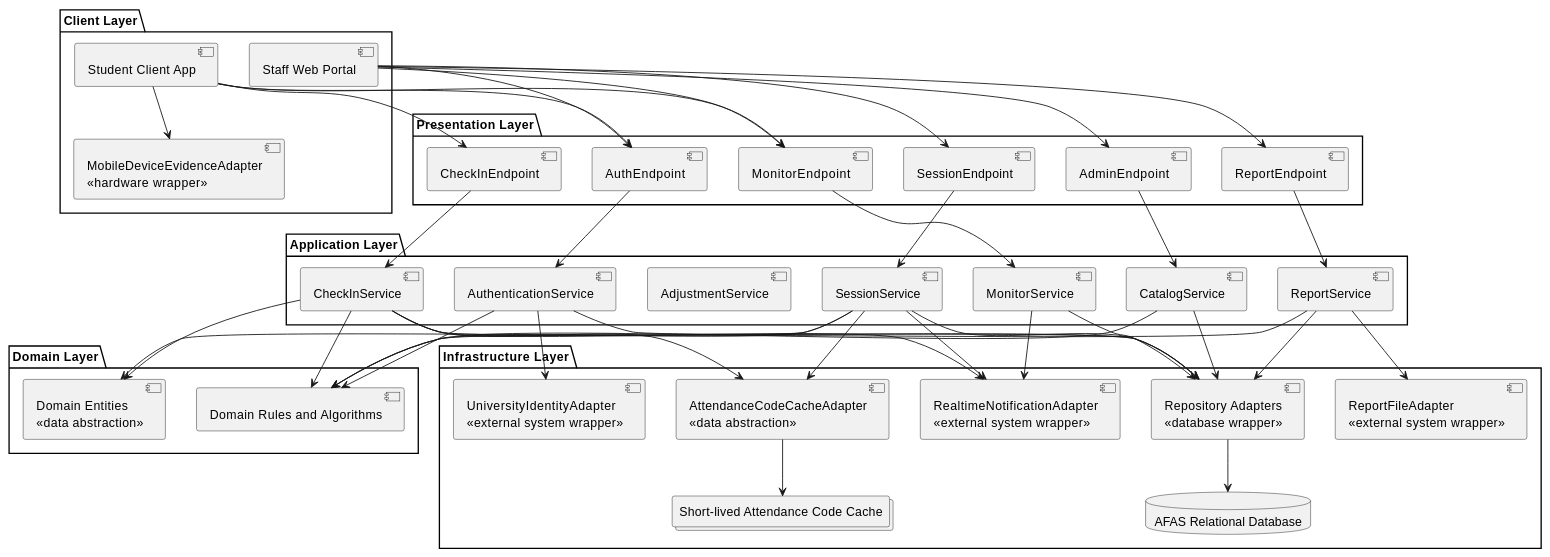
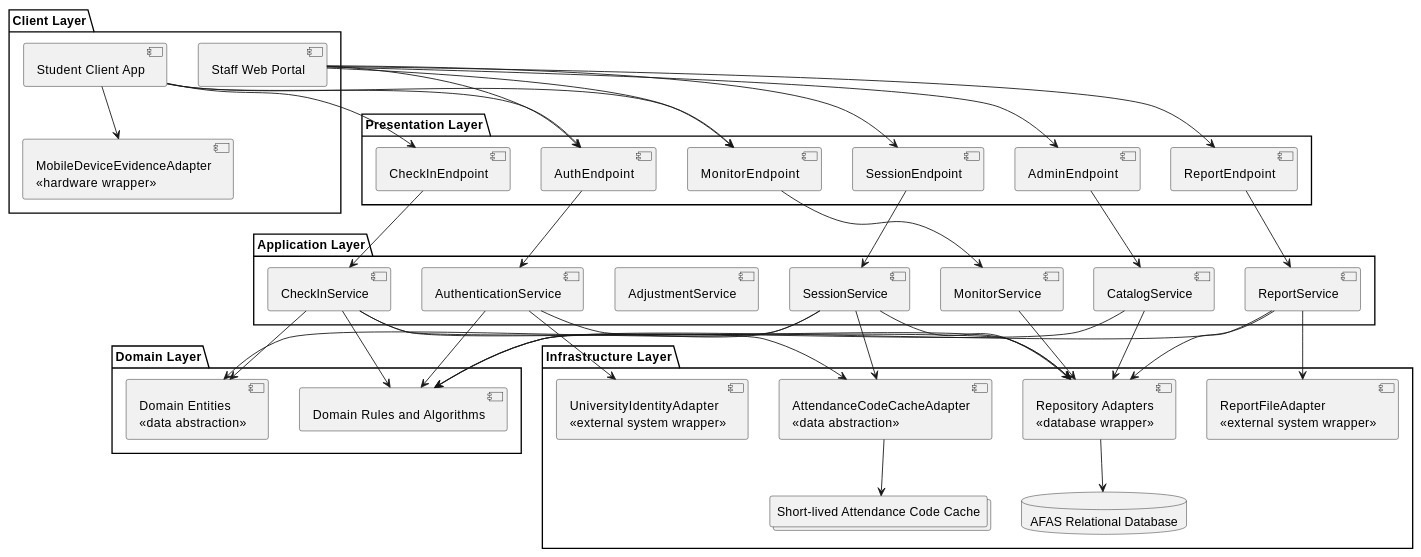
One commit to nttung42/SWD392 changed the third of 7 diagrams in docs/rds/3_Design.md. Above: the diagram before and after it, drawn with PlantUML. The commit also changed other lines of this file, not shown here.

```diff
--- a/docs/rds/3_Design.md
+++ b/docs/rds/3_Design.md
@@ -285,7 +289,6 @@
   component "Repository Adapters\n«database wrapper»" as Repositories
   component "UniversityIdentityAdapter\n«external system wrapper»" as UniversityIdentityAdapter
   component "AttendanceCodeCacheAdapter\n«data abstraction»" as CodeCache
-  component "RealtimeNotificationAdapter\n«external system wrapper»" as Realtime
   component "ReportFileAdapter\n«external system wrapper»" as ReportFile
   database "AFAS Relational Database" as Database
   collections "Short-lived Attendance Code Cache" as Cache
@@ -320,12 +323,9 @@
 AuthenticationService --> UniversityIdentityAdapter
 CheckInService --> Repositories
 CheckInService --> CodeCache
-CheckInService --> Realtime
 SessionService --> Repositories
 SessionService --> CodeCache
-SessionService --> Realtime
 MonitorService --> Repositories
-MonitorService --> Realtime
 CatalogService --> Repositories
 ReportService --> Repositories
 ReportService --> ReportFile
```
